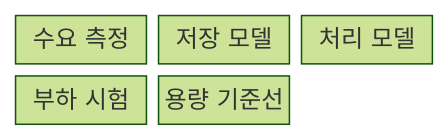
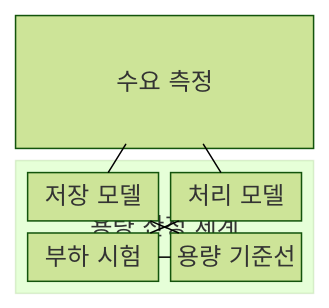
One commit to agnusdei1207/knowledge-base changed the first of 2 diagrams in src/content/docs/notes/03-software/101_db_capacity_planning.md. Above: the diagram before and after it, drawn with Mermaid (forest theme). The commit also changed other lines of this file and 20 other files, not shown here.

````diff
--- a/src/content/docs/notes/03-software/101_db_capacity_planning.md
+++ b/src/content/docs/notes/03-software/101_db_capacity_planning.md
@@ -59,9 +61,17 @@
 ```mermaid
-block-beta
-  columns 3
+block
+  columns 1
   M["수요 측정"]
-  S["저장 모델"]
-  P["처리 모델"]
-  T["부하 시험"]
-  B["용량 기준선"]
+  block:C["용량 산정 체계"]
+    columns 2
+    S["저장 모델"]
+    P["처리 모델"]
+    T["부하 시험"]
+    B["용량 기준선"]
+  end
+  M --- S
+  M --- P
+  S --- B
+  P --- T
+  T --- B
 ```
````
